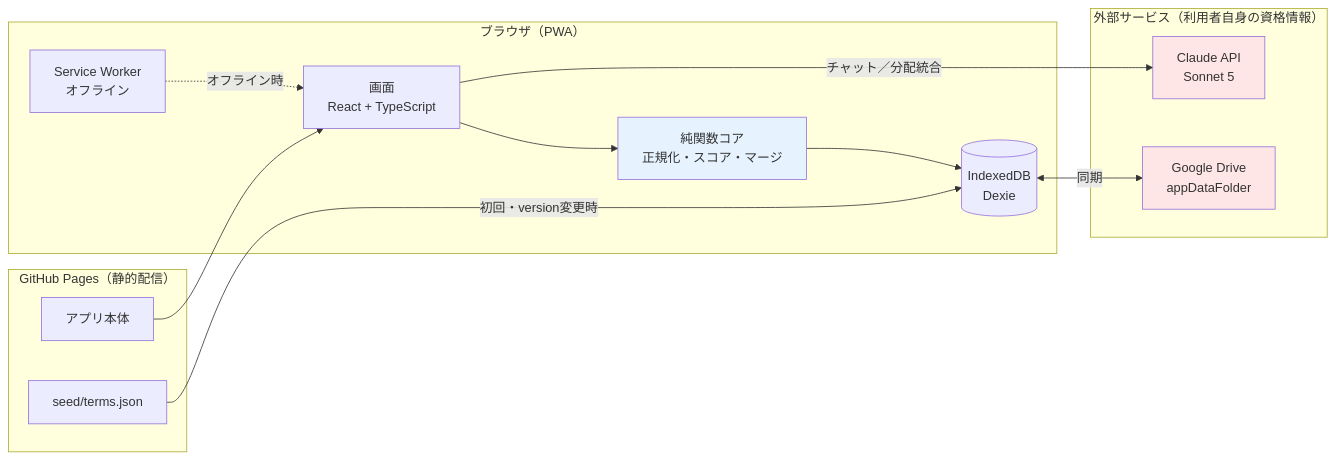
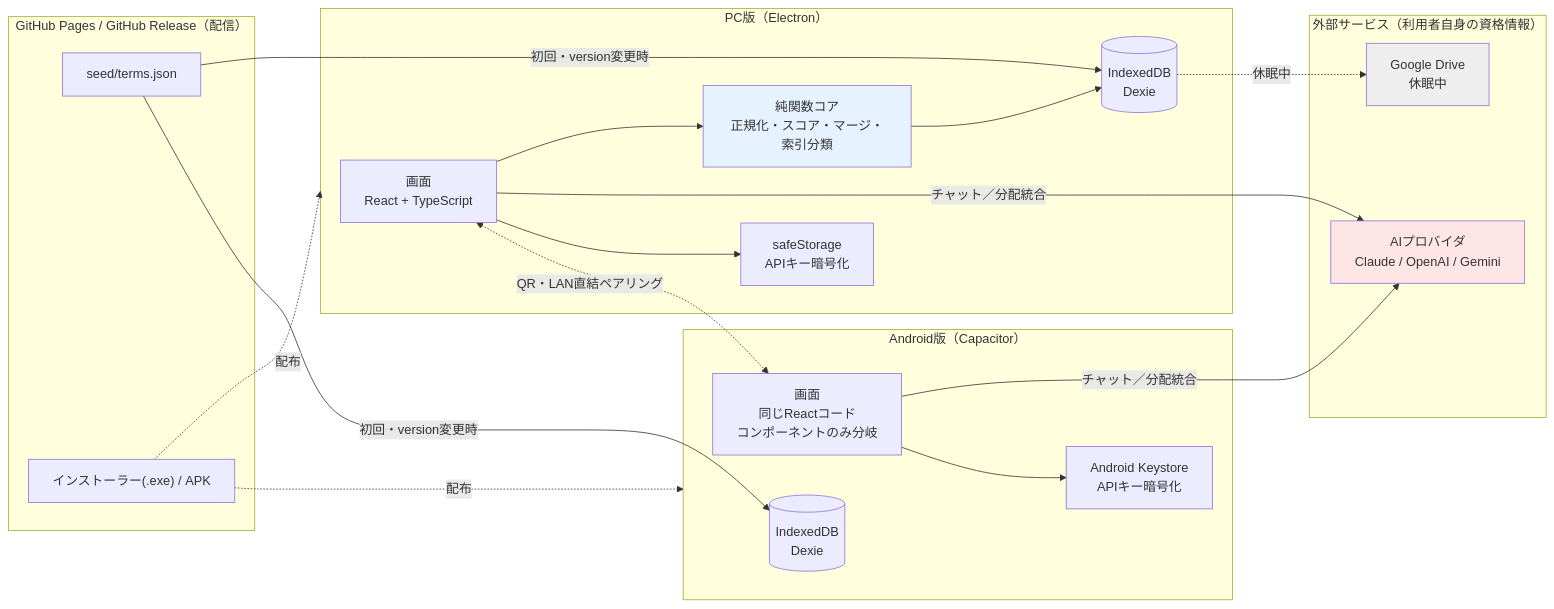
The first of 8 diagrams in docs/architecture.md (doryu0-04092/IT-Index), drawn with Mermaid before and after one commit. The commit also changed other lines of this file and 229 other files, not shown here.

````diff
--- a/docs/architecture.md
+++ b/docs/architecture.md
@@ -14,31 +19,40 @@
 ```mermaid
 flowchart LR
-    subgraph browser["ブラウザ（PWA）"]
-        UI["画面<br/>React + TypeScript"]
-        CORE["純関数コア<br/>正規化・スコア・マージ"]
-        DB[("IndexedDB<br/>Dexie")]
-        SW["Service Worker<br/>オフライン"]
+    subgraph pc["PC版（Electron）"]
+        UIP["画面<br/>React + TypeScript"]
+        COREP["純関数コア<br/>正規化・スコア・マージ・索引分類"]
+        DBP[("IndexedDB<br/>Dexie")]
+        SAFE["safeStorage<br/>APIキー暗号化"]
     end
 
-    subgraph pages["GitHub Pages（静的配信）"]
-        APP["アプリ本体"]
-        SEED["seed/terms.json"]
+    subgraph android["Android版（Capacitor）"]
+        UIA["画面<br/>同じReactコード<br/>コンポーネントのみ分岐"]
+        DBA[("IndexedDB<br/>Dexie")]
+        KEYSTORE["Android Keystore<br/>APIキー暗号化"]
     end
 
     subgraph ext["外部サービス（利用者自身の資格情報）"]
-        CLAUDE["Claude API<br/>Sonnet 5"]
-        DRIVE["Google Drive<br/>appDataFolder"]
+        AI["AIプロバイダ<br/>Claude / OpenAI / Gemini"]
+        DRIVE["Google Drive<br/>休眠中"]
     end
 
-    UI --> CORE
-    CORE --> DB
-    SW -.オフライン時.-> UI
-    APP --> UI
-    SEED -->|初回・version変更時| DB
-    UI -->|チャット／分配統合| CLAUDE
-    DB <-->|同期| DRIVE
+    subgraph pages["GitHub Pages / GitHub Release（配信）"]
+        SEED["seed/terms.json"]
+        REL["インストーラー(.exe) / APK"]
+    end
 
-    style CLAUDE fill:#ffe6e6
-    style DRIVE fill:#ffe6e6
-    style CORE fill:#e6f3ff
+    UIP --> COREP --> DBP
+    UIP -->|チャット／分配統合| AI
+    UIP --> SAFE
+    UIA -->|チャット／分配統合| AI
+    UIA --> KEYSTORE
+    UIP <-.QR・LAN直結ペアリング.-> UIA
+    SEED -->|初回・version変更時| DBP & DBA
+    DBP -.休眠中.-> DRIVE
+    REL -.配布.-> pc
+    REL -.配布.-> android
+
+    style AI fill:#ffe6e6
+    style DRIVE fill:#eeeeee
+    style COREP fill:#e6f3ff
 ```
````
